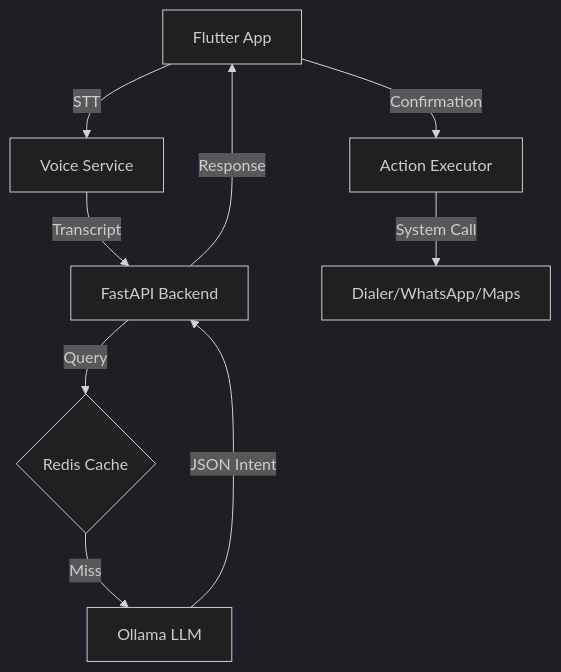
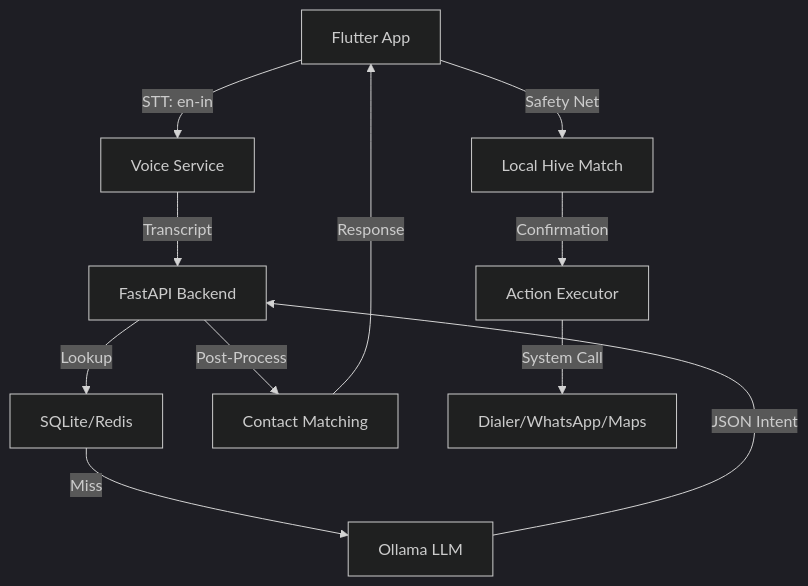
The diagram in README.md (Satyamcoder-2006/saarthi), drawn with Mermaid (dark theme) before and after one commit. The commit also changed other lines of this file and 29 other files, not shown here.

Commit message:
feat: productionize voice pipeline with Indian English support, optimized silence detection, and contact sync

````diff
--- a/README.md
+++ b/README.md
@@ -33,11 +35,13 @@
 ```mermaid
 graph TD
-    A[Flutter App] -->|STT| B[Voice Service]
+    A[Flutter App] -->|STT: en-in| B[Voice Service]
     B -->|Transcript| C[FastAPI Backend]
-    C -->|Query| D{Redis Cache}
+    C -->|Lookup| D[SQLite/Redis]
     D -->|Miss| E[Ollama LLM]
     E -->|JSON Intent| C
-    C -->|Response| A
-    A -->|Confirmation| F[Action Executor]
-    F -->|System Call| G[Dialer/WhatsApp/Maps]
+    C -->|Post-Process| G[Contact Matching]
+    G -->|Response| A
+    A -->|Safety Net| H[Local Hive Match]
+    H -->|Confirmation| F[Action Executor]
+    F -->|System Call| I[Dialer/WhatsApp/Maps]
 ```
````
